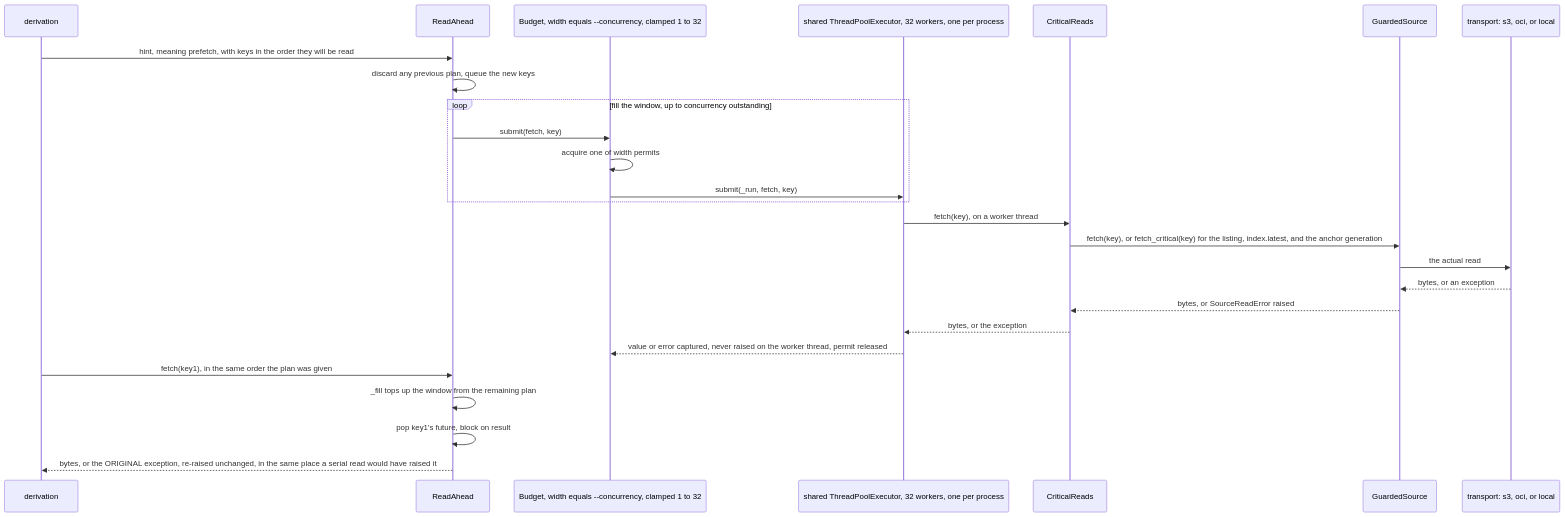
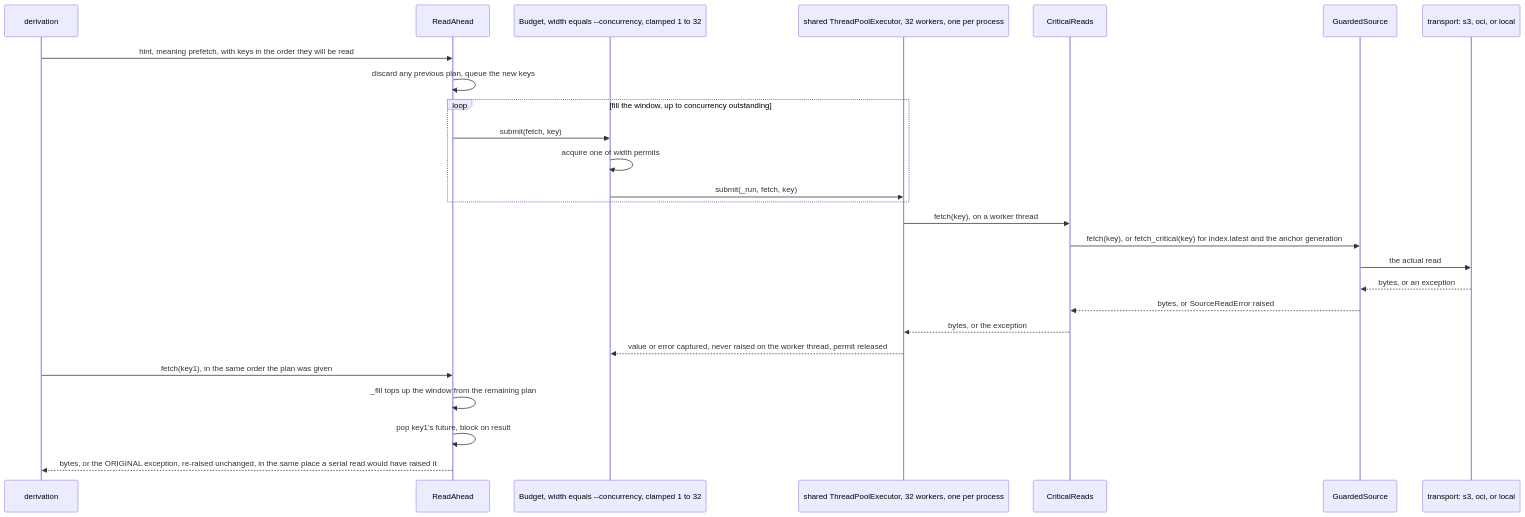
One commit to thanatostyrannos/elasticsearch-oci-s3-workaround changed diagram 12 of 14 in docs/engineering/algorithms.md. Above: the diagram before and after it, drawn with Mermaid. The commit also changed other lines of this file and 4 other files, not shown here.

First line of the commit message:
Add fetch_critical and a longer retry policy to the HTTP transports

````diff
--- a/docs/engineering/algorithms.md
+++ b/docs/engineering/algorithms.md
@@ -595,29 +595,29 @@
 ```mermaid
 sequenceDiagram
     participant D as derivation
     participant RA as ReadAhead
     participant Bud as Budget, width equals --concurrency, clamped 1 to 32
     participant Pool as shared ThreadPoolExecutor, 32 workers, one per process
     participant CR as CriticalReads
     participant G as GuardedSource
     participant S as transport: s3, oci, or local
 
     D->>RA: hint, meaning prefetch, with keys in the order they will be read
     RA->>RA: discard any previous plan, queue the new keys
     loop fill the window, up to concurrency outstanding
         RA->>Bud: submit(fetch, key)
         Bud->>Bud: acquire one of width permits
         Bud->>Pool: submit(_run, fetch, key)
     end
     Pool->>CR: fetch(key), on a worker thread
-    CR->>G: fetch(key), or fetch_critical(key) for the listing, index.latest, and the anchor generation
+    CR->>G: fetch(key), or fetch_critical(key) for index.latest and the anchor generation
     G->>S: the actual read
     S-->>G: bytes, or an exception
     G-->>CR: bytes, or SourceReadError raised
     CR-->>Pool: bytes, or the exception
     Pool-->>Bud: value or error captured, never raised on the worker thread, permit released
     D->>RA: fetch(key1), in the same order the plan was given
     RA->>RA: _fill tops up the window from the remaining plan
     RA->>RA: pop key1's future, block on result
     RA-->>D: bytes, or the ORIGINAL exception, re-raised unchanged, in the same place a serial read would have raised it
 ```
````
